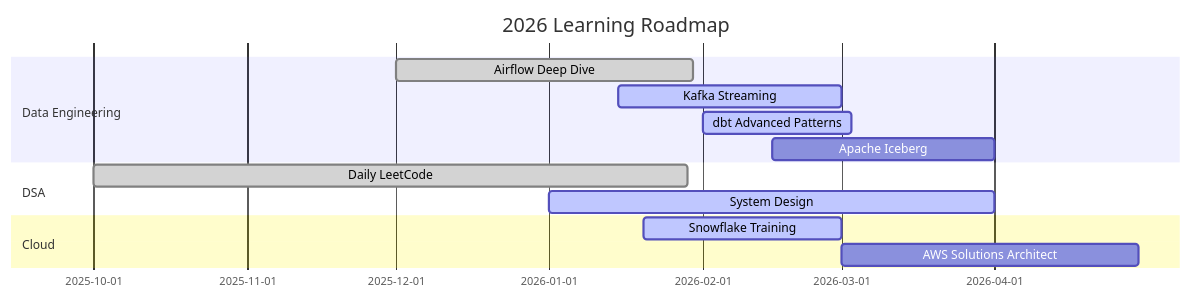
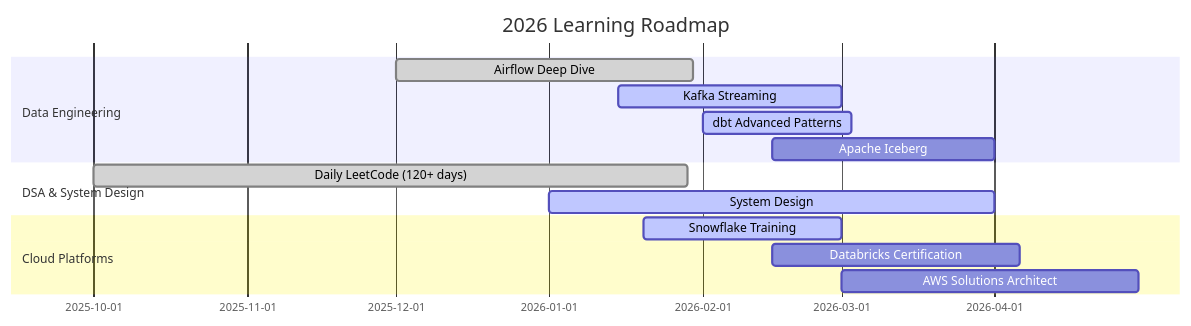
One commit to sumanthmalipeddi/sumanthmalipeddi changed the second of 2 diagrams in README.md. Above: the diagram before and after it, drawn with Mermaid. The commit also changed other lines of this file, not shown here.

````diff
--- a/README.md
+++ b/README.md
@@ -810,16 +636,17 @@
 ```mermaid
 gantt
     title 2026 Learning Roadmap
     dateFormat  YYYY-MM-DD
     section Data Engineering
     Airflow Deep Dive           :done, 2025-12-01, 60d
     Kafka Streaming             :active, 2026-01-15, 45d
     dbt Advanced Patterns       :active, 2026-02-01, 30d
     Apache Iceberg              :2026-02-15, 45d
-    section DSA
-    Daily LeetCode              :done, 2025-10-01, 120d
+    section DSA & System Design
+    Daily LeetCode (120+ days)  :done, 2025-10-01, 120d
     System Design               :active, 2026-01-01, 90d
-    section Cloud
+    section Cloud Platforms
     Snowflake Training          :active, 2026-01-20, 40d
+    Databricks Certification    :2026-02-15, 50d
     AWS Solutions Architect     :2026-03-01, 60d
 ```
````
